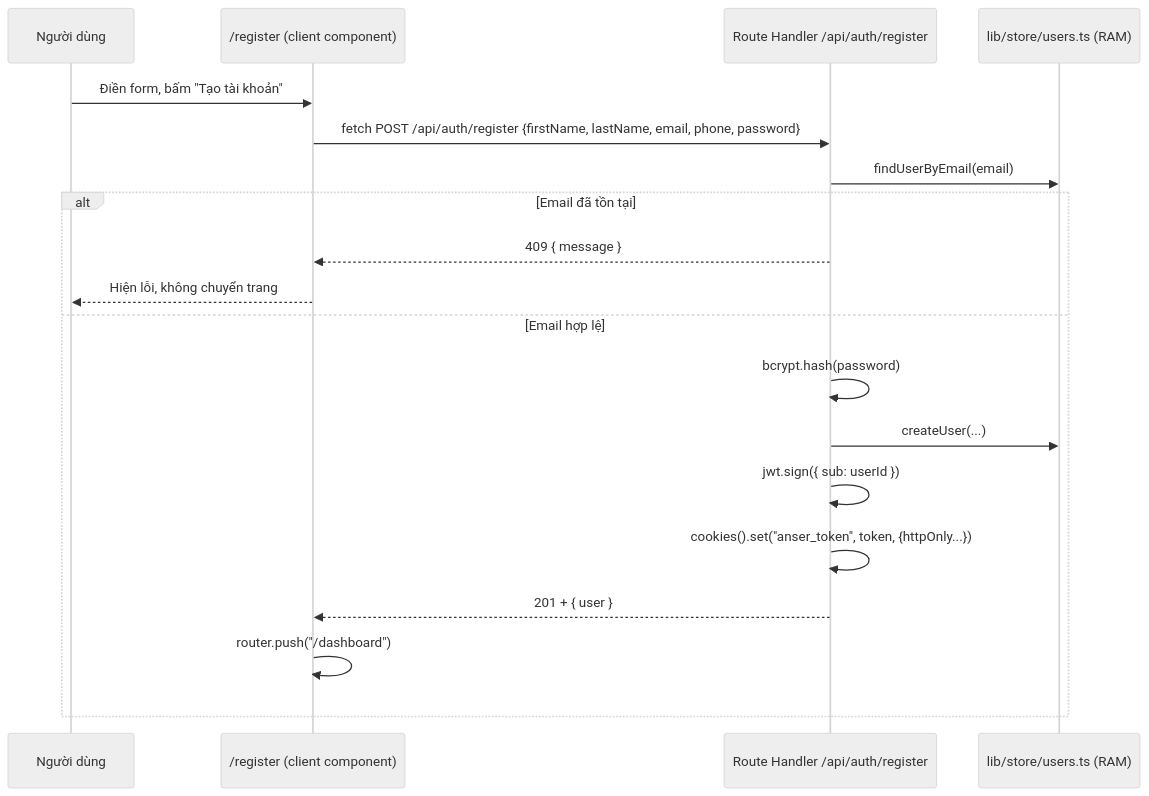
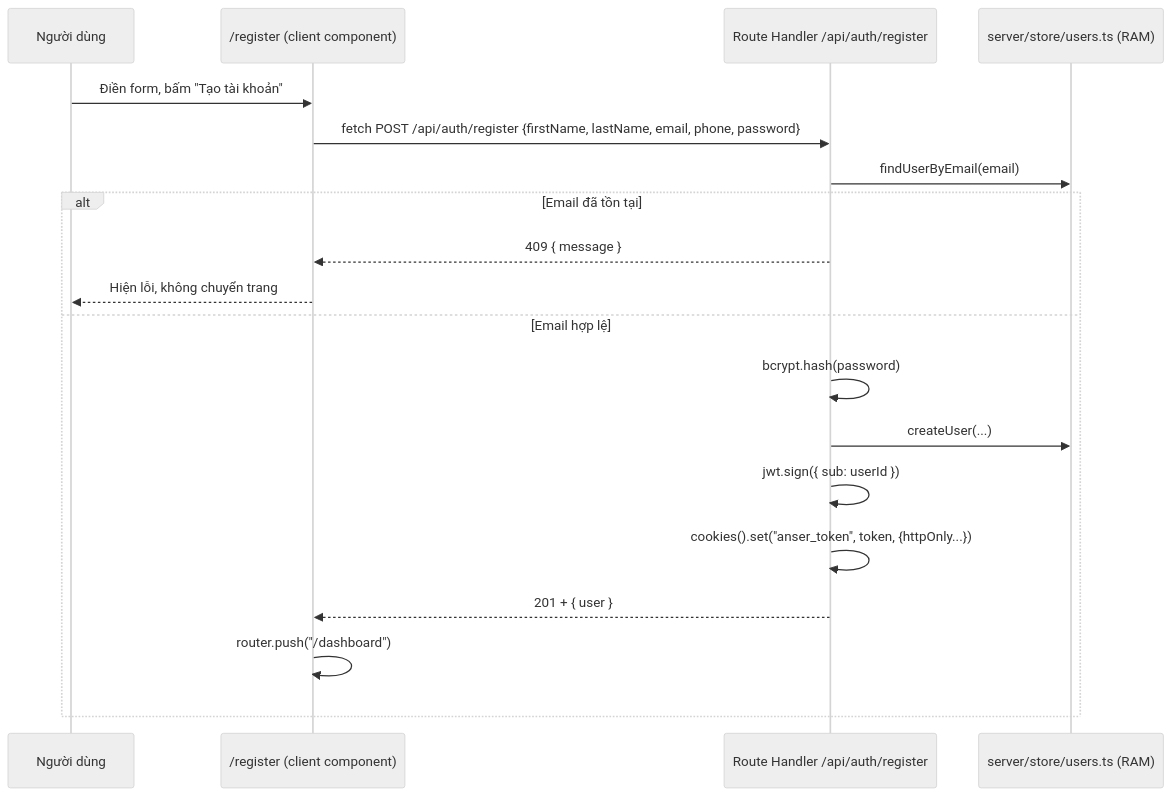
Before and after one commit to Dgsonn/ANSER-v2: the first of 2 diagrams in ARCHITECTURE.md, drawn with Mermaid (neutral theme). The commit also changed other lines of this file and 96 other files, not shown here.

````diff
--- a/ARCHITECTURE.md
+++ b/ARCHITECTURE.md
@@ -149,22 +319,22 @@
 ```mermaid
 sequenceDiagram
     participant U as Người dùng
     participant F as /register (client component)
     participant R as Route Handler /api/auth/register
-    participant S as lib/store/users.ts (RAM)
+    participant S as server/store/users.ts (RAM)
 
     U->>F: Điền form, bấm "Tạo tài khoản"
     F->>R: fetch POST /api/auth/register {firstName, lastName, email, phone, password}
     R->>S: findUserByEmail(email)
     alt Email đã tồn tại
         R-->>F: 409 { message }
         F-->>U: Hiện lỗi, không chuyển trang
     else Email hợp lệ
         R->>R: bcrypt.hash(password)
         R->>S: createUser(...)
         R->>R: jwt.sign({ sub: userId })
         R->>R: cookies().set("anser_token", token, {httpOnly...})
         R-->>F: 201 + { user }
         F->>F: router.push("/dashboard")
     end
 ```
````
